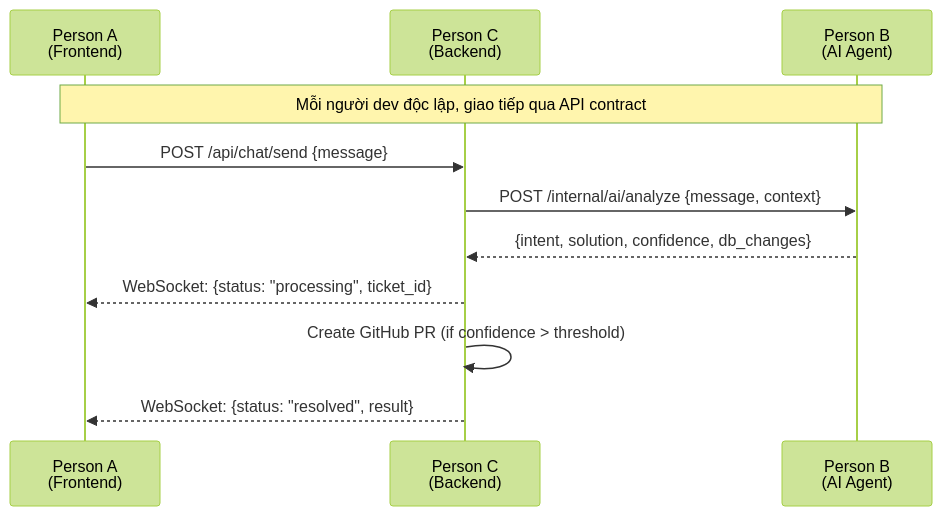
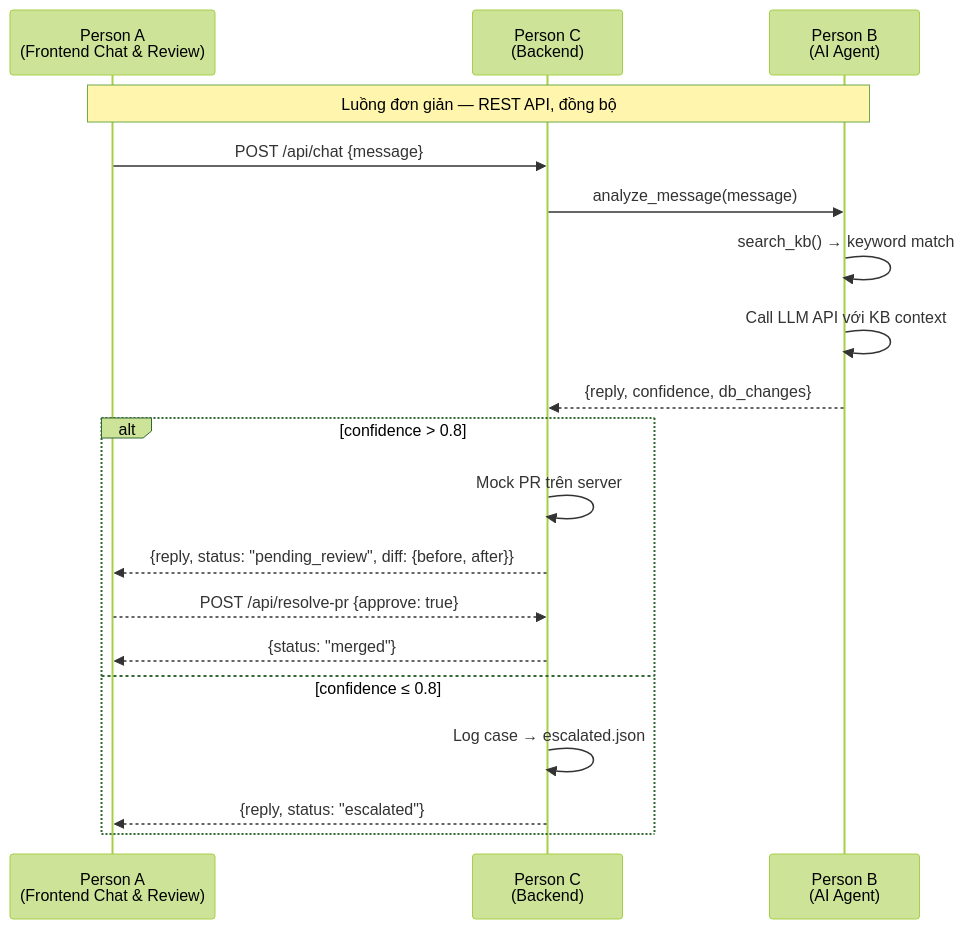
One commit to Falcon-Game-Studio/falcon-supporter changed the second of 2 diagrams in docs/kanban-board.md. Above: the diagram before and after it, drawn with Mermaid (forest theme). The commit also changed other lines of this file and 4 other files, not shown here.

````diff
--- a/docs/kanban-board.md
+++ b/docs/kanban-board.md
@@ -283,15 +199,24 @@
 ```mermaid
 sequenceDiagram
-    participant A as Person A<br/>(Frontend)
+    participant A as Person A<br/>(Frontend Chat & Review)
     participant C as Person C<br/>(Backend)
     participant B as Person B<br/>(AI Agent)
 
-    Note over A,B: Mỗi người dev độc lập, giao tiếp qua API contract
+    Note over A,B: Luồng đơn giản — REST API, đồng bộ
 
-    A->>C: POST /api/chat/send {message}
-    C->>B: POST /internal/ai/analyze {message, context}
-    B-->>C: {intent, solution, confidence, db_changes}
-    C-->>A: WebSocket: {status: "processing", ticket_id}
-    C->>C: Create GitHub PR (if confidence > threshold)
-    C-->>A: WebSocket: {status: "resolved", result}
+    A->>C: POST /api/chat {message}
+    C->>B: analyze_message(message)
+    B->>B: search_kb() → keyword match
+    B->>B: Call LLM API với KB context
+    B-->>C: {reply, confidence, db_changes}
+
+    alt confidence > 0.8
+        C->>C: Mock PR trên server
+        C-->>A: {reply, status: "pending_review", diff: {before, after}}
+        A-->>C: POST /api/resolve-pr {approve: true}
+        C-->>A: {status: "merged"}
+    else confidence ≤ 0.8
+        C->>C: Log case → escalated.json
+        C-->>A: {reply, status: "escalated"}
+    end
 ```
````
